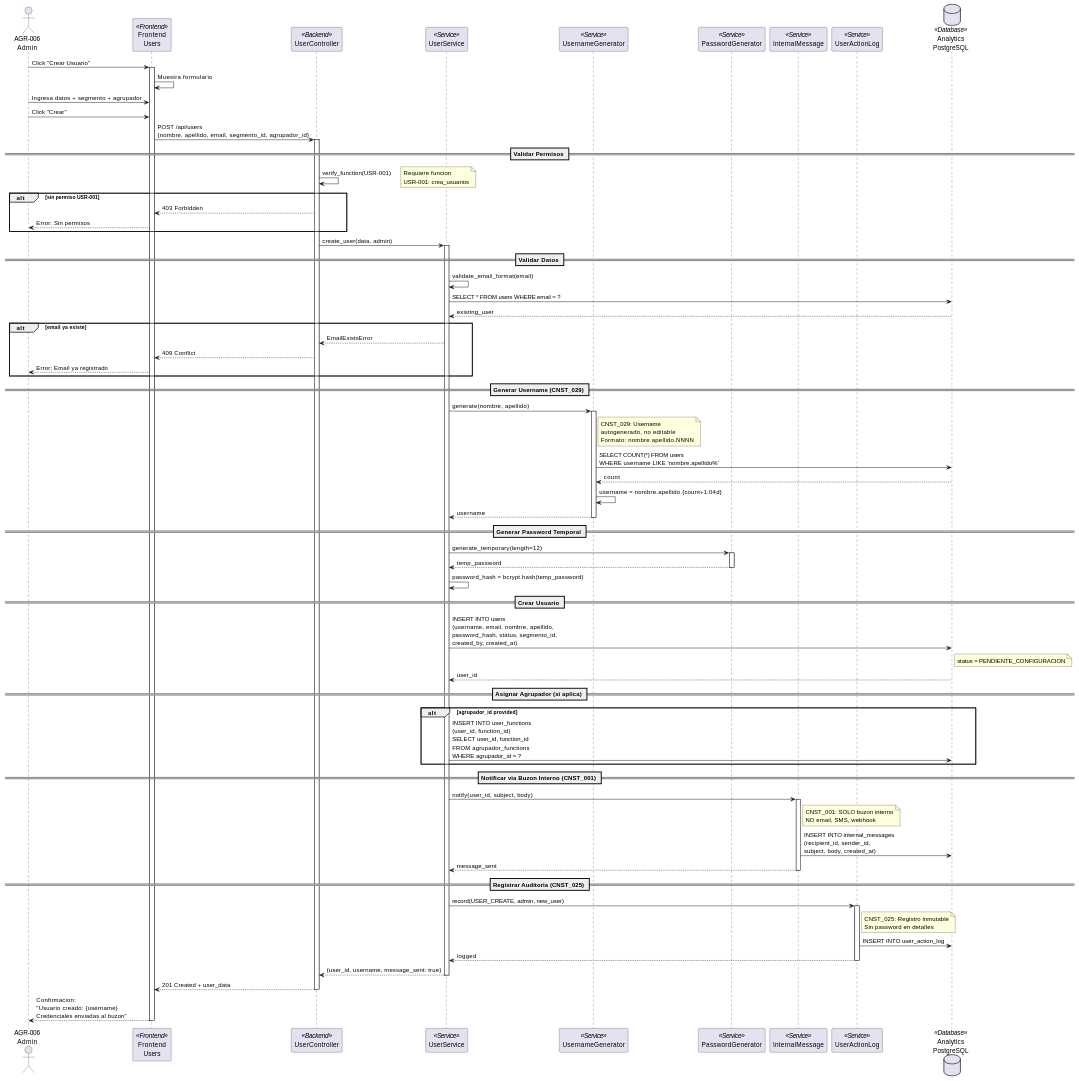
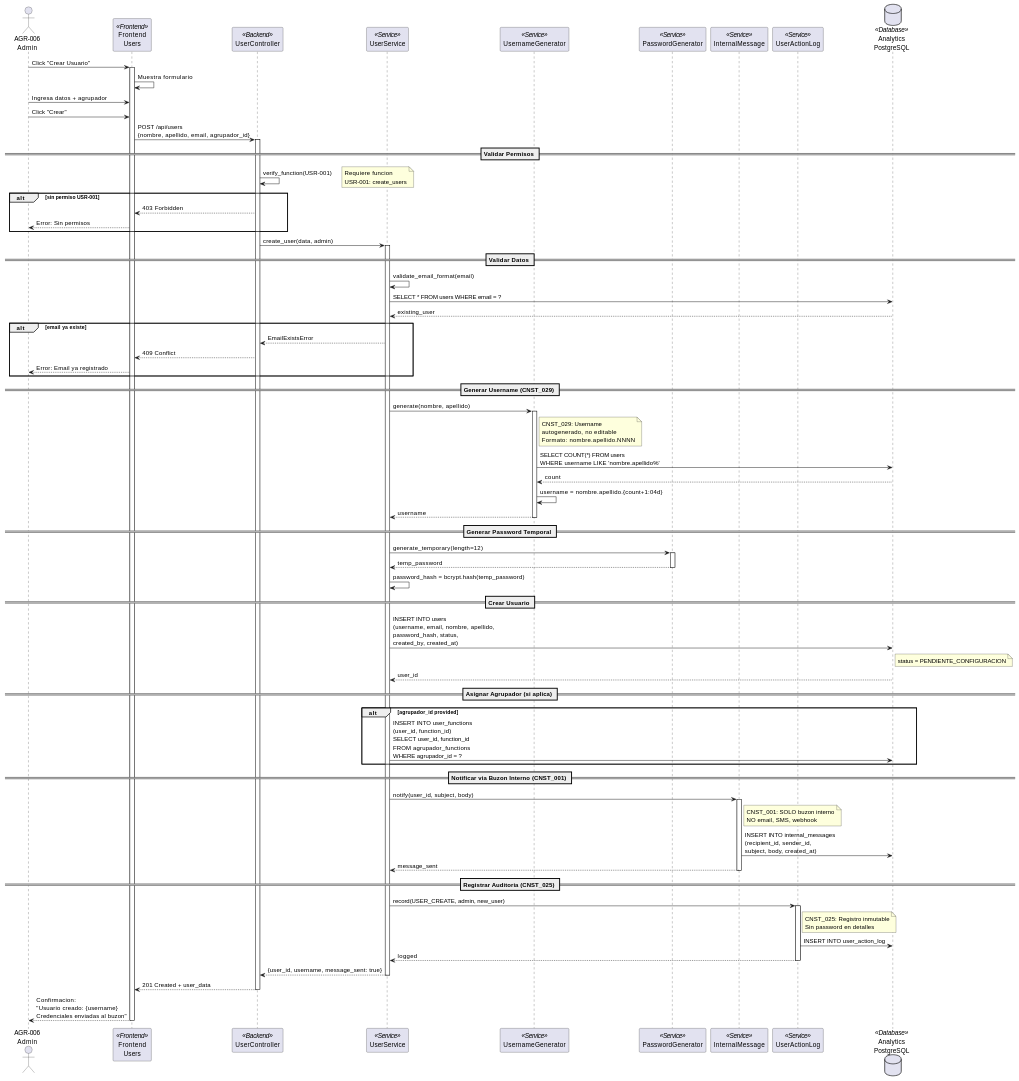
Before and after one commit to jcg-admin/IACT-docs: the second of 3 diagrams in source/requisitos/casos-uso/users/uc-usr-01-crear-usuario.rst, drawn with PlantUML. The commit also changed other lines of this file and 3 other files, not shown here.

```diff
--- a/source/requisitos/casos-uso/users/uc-usr-01-crear-usuario.rst
+++ b/source/requisitos/casos-uso/users/uc-usr-01-crear-usuario.rst
@@ -247,17 +247,17 @@
  activate FE
 
  FE -> FE: Muestra formulario
- A -> FE: Ingresa datos + segmento + agrupador
+ A -> FE: Ingresa datos + agrupador
  A -> FE: Click "Crear"
 
- FE -> UC: POST /api/users\n{nombre, apellido, email, segmento_id, agrupador_id}
+ FE -> UC: POST /api/users\n{nombre, apellido, email, agrupador_id}
  activate UC
 
  == Validar Permisos ==
  UC -> UC: verify_function(USR-001)
  note right
  Requiere funcion
- USR-001: crea_usuarios
+ USR-001: create_users
  end note
 
  alt sin permiso USR-001
@@ -302,7 +302,7 @@
  US -> US: password_hash = bcrypt.hash(temp_password)
 
  == Crear Usuario ==
- US -> DB: INSERT INTO users\n(username, email, nombre, apellido,\npassword_hash, status, segmento_id,\ncreated_by, created_at)
+ US -> DB: INSERT INTO users\n(username, email, nombre, apellido,\npassword_hash, status,\ncreated_by, created_at)
  note right of DB
  status = PENDIENTE_CONFIGURACION
  end note
```
